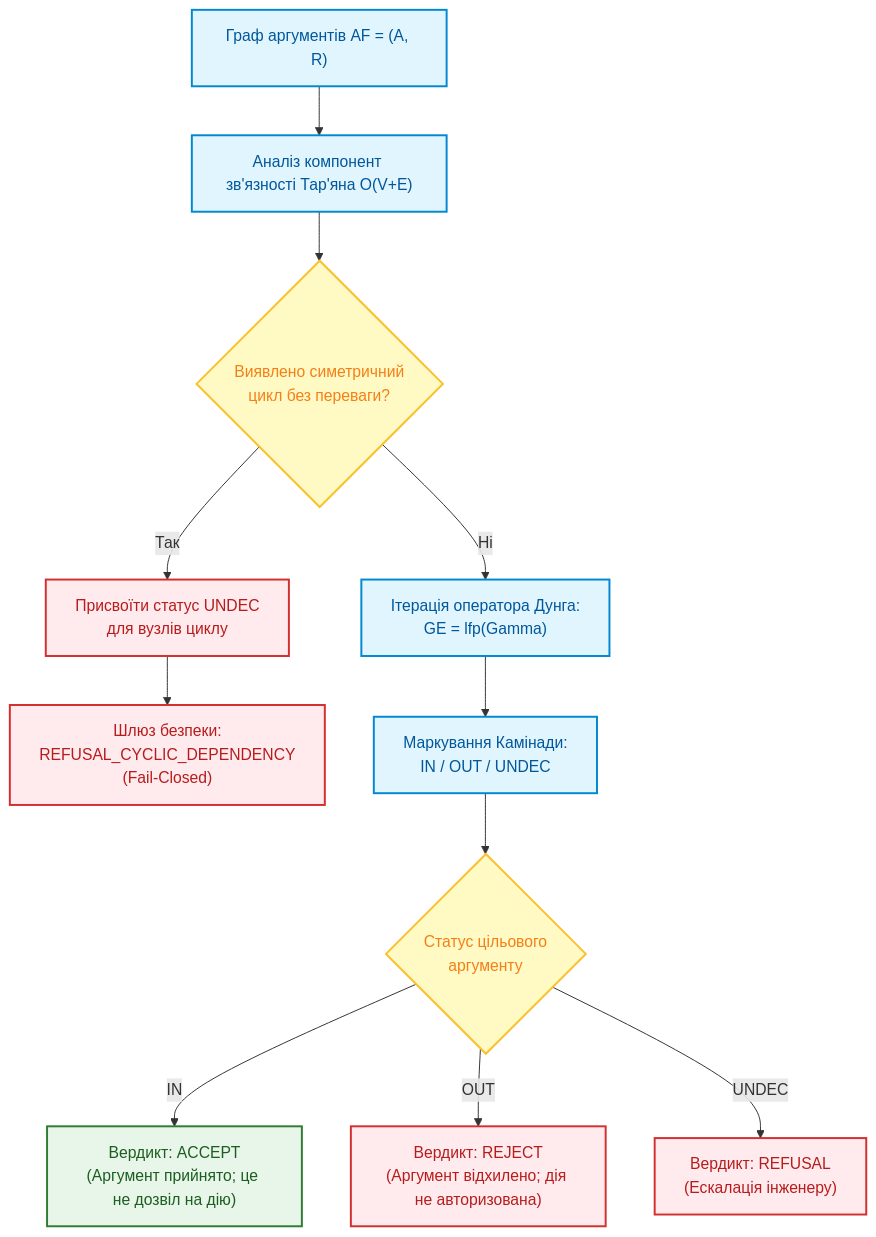
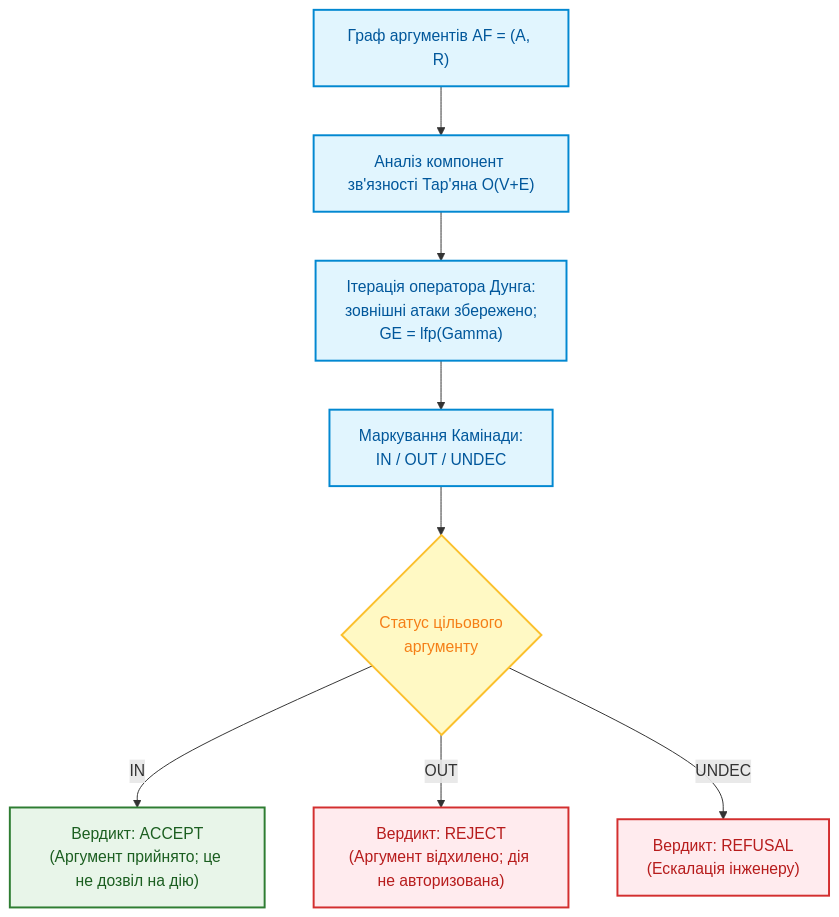
One commit to nick-fedchik/articles changed the fifth of 8 diagrams in ExpertSystem/ch31-syllogistic-reasoning-and-relation-lattices.md. Above: the diagram before and after it, drawn with Mermaid. The commit also changed other lines of this file and 7 other files, not shown here.

````diff
--- a/ExpertSystem/ch31-syllogistic-reasoning-and-relation-lattices.md
+++ b/ExpertSystem/ch31-syllogistic-reasoning-and-relation-lattices.md
@@ -465,29 +592,24 @@
 ```mermaid
 flowchart TB
     accTitle: Алгоритм заземленого оцінювання та маркування Камінади
-    accDescr: Топологічний аналіз Тар'яна та ітеративне обчислення найменшої нерухомої точки оператора Дунга.
+    accDescr: Компоненти графа організують обчислення, а статус цілі визначається заземленою семантикою з урахуванням зовнішніх атак.
 
     G["Граф аргументів AF = (A, R)"] --> SCC["Аналіз компонент зв'язності Тар'яна O(V+E)"]
-    SCC --> CHK{"Виявлено симетричний<br/>цикл без переваги?"}
-    
-    CHK -- "Так" --> UND["Присвоїти статус UNDEC<br/>для вузлів циклу"]
-    UND --> REF["Шлюз безпеки:<br/>REFUSAL_CYCLIC_DEPENDENCY<br/>(Fail-Closed)"]
-    
-    CHK -- "Ні" --> FP["Ітерація оператора Дунга:<br/>GE = lfp(Gamma)"]
+    SCC --> FP["Ітерація оператора Дунга:<br/>зовнішні атаки збережено;<br/>GE = lfp(Gamma)"]
     FP --> LAB["Маркування Камінади:<br/>IN / OUT / UNDEC"]
     LAB --> VER{"Статус цільового<br/>аргументу"}
     
     VER -- "IN" --> ACC["Вердикт: ACCEPT<br/>(Аргумент прийнято; це не дозвіл на дію)"]
     VER -- "OUT" --> BLK["Вердикт: REJECT<br/>(Аргумент відхилено; дія не авторизована)"]
     VER -- "UNDEC" --> ESC["Вердикт: REFUSAL<br/>(Ескалація інженеру)"]
 
     classDef proc fill:#e1f5fe,stroke:#0288d1,stroke-width:2px,color:#01579b;
     classDef dec fill:#fff9c4,stroke:#fbc02d,stroke-width:2px,color:#f57f17;
     classDef safe fill:#e8f5e9,stroke:#2e7d32,stroke-width:2px,color:#1b5e20;
     classDef err fill:#ffebee,stroke:#d32f2f,stroke-width:2px,color:#b71c1c;
 
     class G,SCC,FP,LAB proc;
-    class CHK,VER dec;
+    class VER dec;
     class ACC safe;
-    class UND,REF,BLK,ESC err;
+    class BLK,ESC err;
 ```
````
